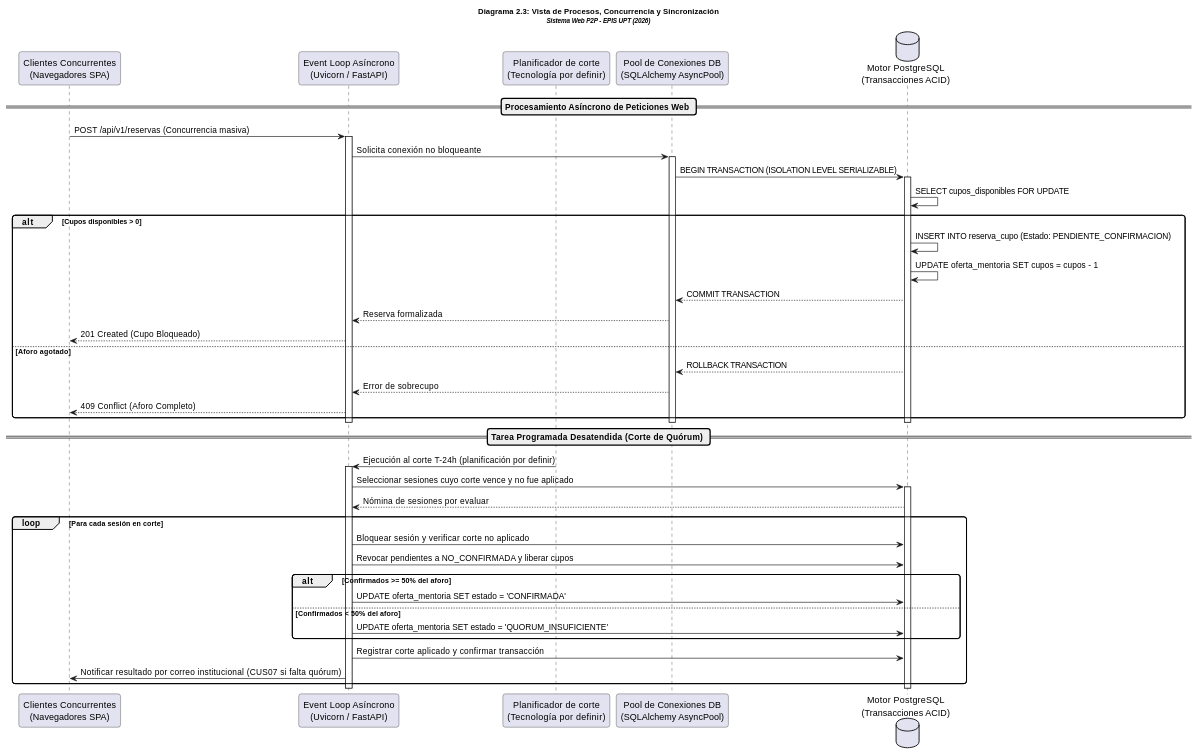
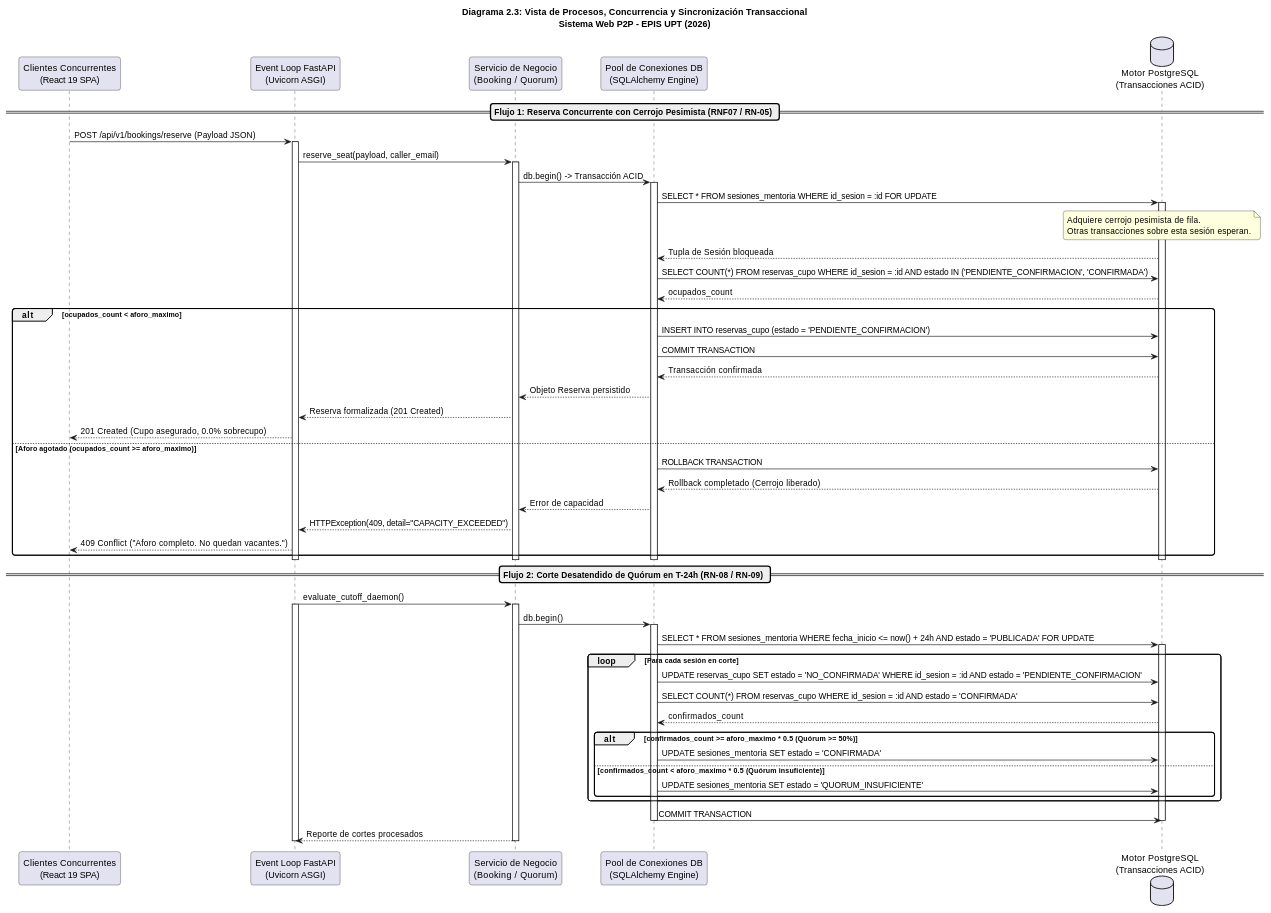
Before and after one commit to JMedina255/sistema_web_p2p: the third of 14 diagrams in docs/diseño/FD04-EPIS-Informe SAD de Proyecto.md, drawn with PlantUML. The commit also changed other lines of this file, not shown here.

Commit message:
docs(diseño): elevar Documento de Arquitectura de Software (SAD v3.0) y sincronizar con SRS v3.0

````diff
--- a/docs/diseño/FD04-EPIS-Informe SAD de Proyecto.md
+++ b/docs/diseño/FD04-EPIS-Informe SAD de Proyecto.md
@@ -351,59 +349,73 @@
 ```plantuml
 @startuml
-title <size:12><b>Diagrama 2.3: Vista de Procesos, Concurrencia y Sincronización</b></size>\n<size:10><i>Sistema Web P2P - EPIS UPT (2026)</i></size>
+title Diagrama 2.3: Vista de Procesos, Concurrencia y Sincronización Transaccional\nSistema Web P2P - EPIS UPT (2026)
 
 skinparam shadowing false
 skinparam roundcorner 8
 skinparam defaultFontName Arial
 skinparam fontSize 10
 
-participant "Clientes Concurrentes\n(Navegadores SPA)" as Clients
-participant "Event Loop Asíncrono\n(Uvicorn / FastAPI)" as EventLoop
-participant "Planificador de corte\n(Tecnología por definir)" as Cron_Daemon
-participant "Pool de Conexiones DB\n(SQLAlchemy AsyncPool)" as DBPool
+participant "Clientes Concurrentes\n(React 19 SPA)" as Clients
+participant "Event Loop FastAPI\n(Uvicorn ASGI)" as EventLoop
+participant "Servicio de Negocio\n(Booking / Quorum)" as Service
+participant "Pool de Conexiones DB\n(SQLAlchemy Engine)" as DBPool
 database "Motor PostgreSQL\n(Transacciones ACID)" as EngineDB
 
-== Procesamiento Asíncrono de Peticiones Web ==
-Clients -> EventLoop: POST /api/v1/reservas (Concurrencia masiva)
+== Flujo 1: Reserva Concurrente con Cerrojo Pesimista (RNF07 / RN-05) ==
+Clients -> EventLoop: POST /api/v1/bookings/reserve (Payload JSON)
 activate EventLoop
-EventLoop -> DBPool: Solicita conexión no bloqueante
+EventLoop -> Service: reserve_seat(payload, caller_email)
+activate Service
+Service -> DBPool: db.begin() -> Transacción ACID
 activate DBPool
-DBPool -> EngineDB: BEGIN TRANSACTION (ISOLATION LEVEL SERIALIZABLE)
+DBPool -> EngineDB: SELECT * FROM sesiones_mentoria WHERE id_sesion = :id FOR UPDATE
 activate EngineDB
-EngineDB -> EngineDB: SELECT cupos_disponibles FOR UPDATE
-alt Cupos disponibles > 0
-    EngineDB -> EngineDB: INSERT INTO reserva_cupo (Estado: PENDIENTE_CONFIRMACION)
-    EngineDB -> EngineDB: UPDATE oferta_mentoria SET cupos = cupos - 1
-    EngineDB --> DBPool: COMMIT TRANSACTION
-    DBPool --> EventLoop: Reserva formalizada
-    EventLoop --> Clients: 201 Created (Cupo Bloqueado)
-else Aforo agotado
-    EngineDB --> DBPool: ROLLBACK TRANSACTION
-    DBPool --> EventLoop: Error de sobrecupo
-    EventLoop --> Clients: 409 Conflict (Aforo Completo)
+note over EngineDB: Adquiere cerrojo pesimista de fila.\nOtras transacciones sobre esta sesión esperan.
+EngineDB --> DBPool: Tupla de Sesión bloqueada
+DBPool -> EngineDB: SELECT COUNT(*) FROM reservas_cupo WHERE id_sesion = :id AND estado IN ('PENDIENTE_CONFIRMACION', 'CONFIRMADA')
+EngineDB --> DBPool: ocupados_count
+alt ocupados_count < aforo_maximo
+    DBPool -> EngineDB: INSERT INTO reservas_cupo (estado = 'PENDIENTE_CONFIRMACION')
+    DBPool -> EngineDB: COMMIT TRANSACTION
+    EngineDB --> DBPool: Transacción confirmada
+    DBPool --> Service: Objeto Reserva persistido
+    Service --> EventLoop: Reserva formalizada (201 Created)
+    EventLoop --> Clients: 201 Created (Cupo asegurado, 0.0% sobrecupo)
+else Aforo agotado (ocupados_count >= aforo_maximo)
+    DBPool -> EngineDB: ROLLBACK TRANSACTION
+    EngineDB --> DBPool: Rollback completado (Cerrojo liberado)
+    DBPool --> Service: Error de capacidad
+    Service --> EventLoop: HTTPException(409, detail="CAPACITY_EXCEEDED")
+    EventLoop --> Clients: 409 Conflict ("Aforo completo. No quedan vacantes.")
 end
 deactivate EngineDB
 deactivate DBPool
+deactivate Service
 deactivate EventLoop
 
-== Tarea Programada Desatendida (Corte de Quórum) ==
-Cron_Daemon -> EventLoop: Ejecución al corte T-24h (planificación por definir)
+== Flujo 2: Corte Desatendido de Quórum en T-24h (RN-08 / RN-09) ==
+EventLoop -> Service: evaluate_cutoff_daemon()
 activate EventLoop
-EventLoop -> EngineDB: Seleccionar sesiones cuyo corte vence y no fue aplicado
+activate Service
+Service -> DBPool: db.begin()
+activate DBPool
+DBPool -> EngineDB: SELECT * FROM sesiones_mentoria WHERE fecha_inicio <= now() + 24h AND estado = 'PUBLICADA' FOR UPDATE
 activate EngineDB
-EngineDB --> EventLoop: Nómina de sesiones por evaluar
 loop Para cada sesión en corte
-    EventLoop -> EngineDB: Bloquear sesión y verificar corte no aplicado
-    EventLoop -> EngineDB: Revocar pendientes a NO_CONFIRMADA y liberar cupos
-    alt Confirmados >= 50% del aforo
-        EventLoop -> EngineDB: UPDATE oferta_mentoria SET estado = 'CONFIRMADA'
-    else Confirmados < 50% del aforo
-        EventLoop -> EngineDB: UPDATE oferta_mentoria SET estado = 'QUORUM_INSUFICIENTE'
+    DBPool -> EngineDB: UPDATE reservas_cupo SET estado = 'NO_CONFIRMADA' WHERE id_sesion = :id AND estado = 'PENDIENTE_CONFIRMACION'
+    DBPool -> EngineDB: SELECT COUNT(*) FROM reservas_cupo WHERE id_sesion = :id AND estado = 'CONFIRMADA'
+    EngineDB --> DBPool: confirmados_count
+    alt confirmados_count >= aforo_maximo * 0.5 (Quórum >= 50%)
+        DBPool -> EngineDB: UPDATE sesiones_mentoria SET estado = 'CONFIRMADA'
+    else confirmados_count < aforo_maximo * 0.5 (Quórum insuficiente)
+        DBPool -> EngineDB: UPDATE sesiones_mentoria SET estado = 'QUORUM_INSUFICIENTE'
     end
-    EventLoop -> EngineDB: Registrar corte aplicado y confirmar transacción
-    EventLoop -> Clients: Notificar resultado por correo institucional (CUS07 si falta quórum)
 end
+DBPool -> EngineDB: COMMIT TRANSACTION
 deactivate EngineDB
+deactivate DBPool
+Service --> EventLoop: Reporte de cortes procesados
+deactivate Service
 deactivate EventLoop
 @enduml
 ```
````
